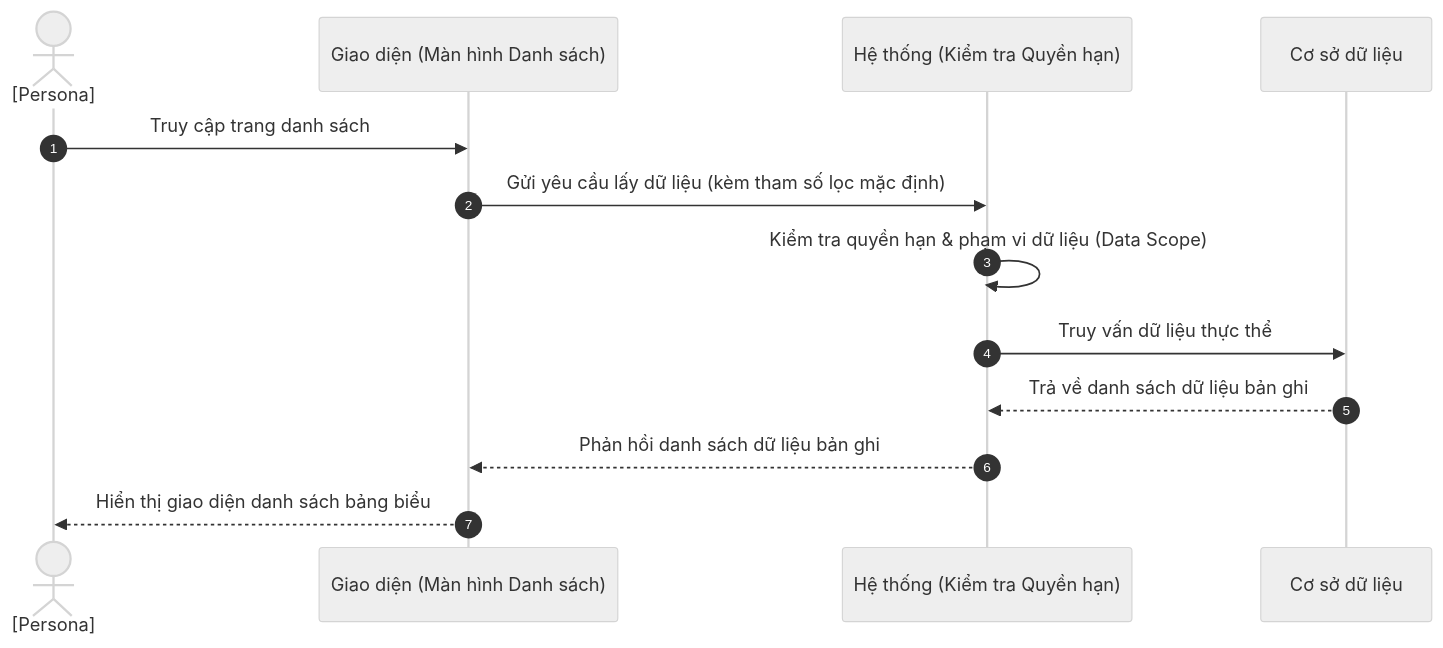
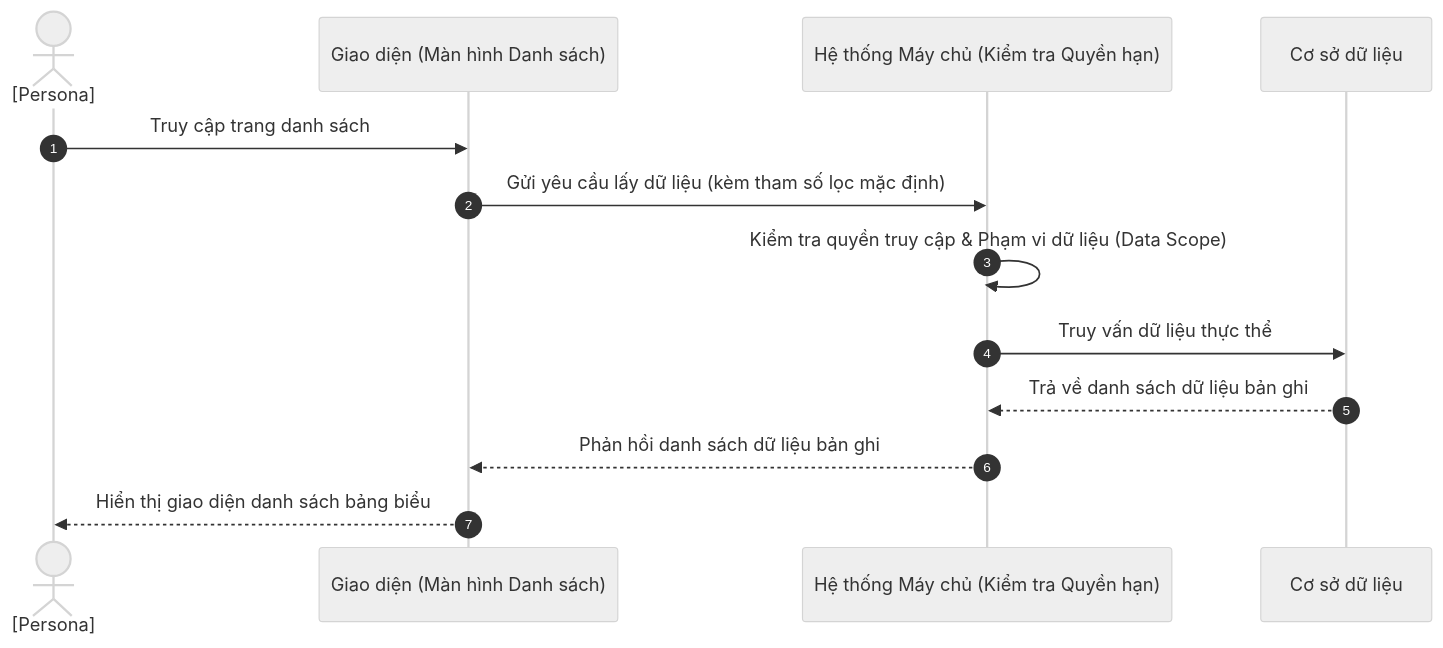
The diagram in docs/templates/TEMPLATE-US-LIST.md (Gasyone/rinov5-station), drawn with Mermaid (neutral theme) before and after one commit. The commit also changed other lines of this file and 40 other files, not shown here.

````diff
--- a/docs/templates/TEMPLATE-US-LIST.md
+++ b/docs/templates/TEMPLATE-US-LIST.md
@@ -57,16 +44,16 @@
 ```mermaid
 sequenceDiagram
     autonumber
     actor U as [Persona]
     participant F as Giao diện (Màn hình Danh sách)
-    participant S as Hệ thống (Kiểm tra Quyền hạn)
+    participant S as Hệ thống Máy chủ (Kiểm tra Quyền hạn)
     participant DB as Cơ sở dữ liệu
 
     U->>F: Truy cập trang danh sách
     F->>S: Gửi yêu cầu lấy dữ liệu (kèm tham số lọc mặc định)
-    S->>S: Kiểm tra quyền hạn & phạm vi dữ liệu (Data Scope)
+    S->>S: Kiểm tra quyền truy cập & Phạm vi dữ liệu (Data Scope)
     S->>DB: Truy vấn dữ liệu thực thể
     DB-->>S: Trả về danh sách dữ liệu bản ghi
     S-->>F: Phản hồi danh sách dữ liệu bản ghi
     F-->>U: Hiển thị giao diện danh sách bảng biểu
 ```
````
